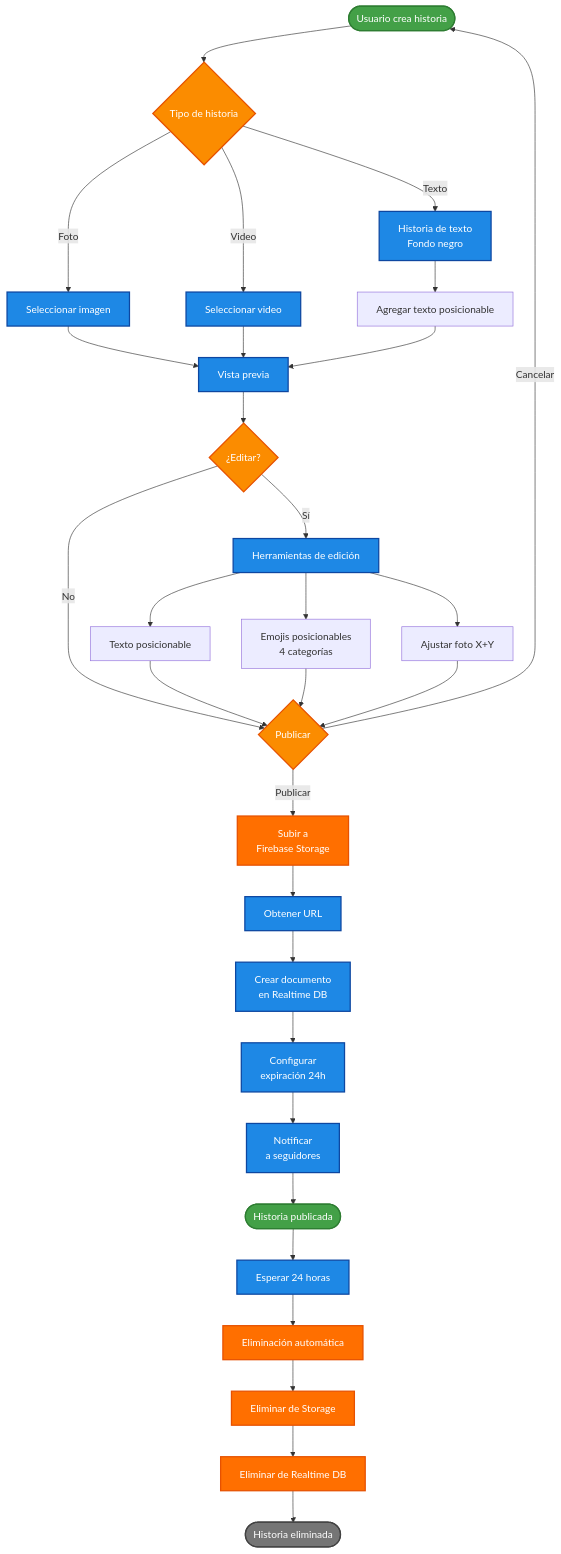
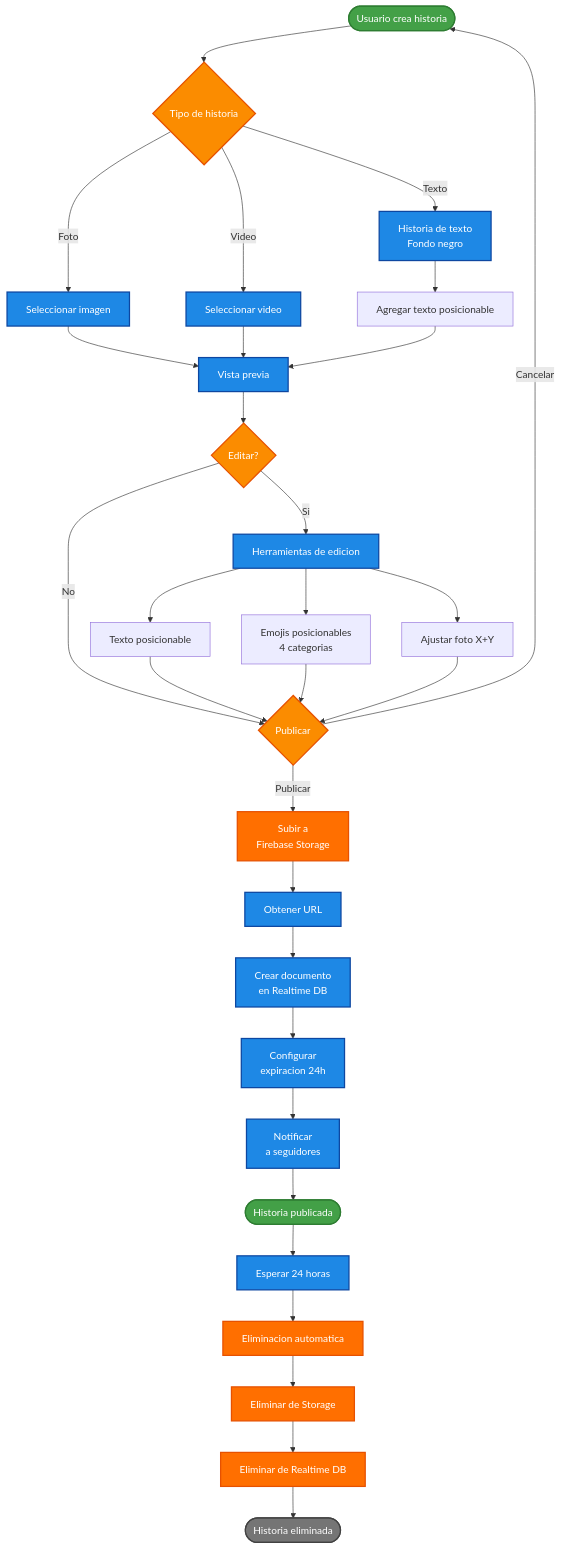
One commit to Azelmods677/NexusChat changed the fifth of 6 diagrams in README.md. Above: the diagram before and after it, drawn with Mermaid. The commit also changed other lines of this file and 13 other files, not shown here.

````diff
--- a/README.md
+++ b/README.md
@@ -303,56 +303,56 @@
 ```mermaid
 flowchart TD
     START([Usuario crea historia]) --> TYPE_SELECT{Tipo de historia}
     
     TYPE_SELECT -->|Foto| SELECT_IMAGE[Seleccionar imagen]
     TYPE_SELECT -->|Video| SELECT_VIDEO[Seleccionar video]
     TYPE_SELECT -->|Texto| TEXT_STORY[Historia de texto<br/>Fondo negro]
     
     SELECT_IMAGE --> PREVIEW[Vista previa]
     SELECT_VIDEO --> PREVIEW
     TEXT_STORY --> TEXT_INPUT[Agregar texto posicionable]
     
     TEXT_INPUT --> PREVIEW
-    PREVIEW --> EDIT{¿Editar?}
+    PREVIEW --> EDIT{Editar?}
     
-    EDIT -->|Sí| TOOLS[Herramientas de edición]
+    EDIT -->|Si| TOOLS[Herramientas de edicion]
     EDIT -->|No| CONFIRM
     
     TOOLS --> TEXT_TOOL[Texto posicionable]
-    TOOLS --> EMOJI_TOOL[Emojis posicionables<br/>4 categorías]
+    TOOLS --> EMOJI_TOOL[Emojis posicionables<br/>4 categorias]
     TOOLS --> ADJUST_TOOL[Ajustar foto X+Y]
     
     TEXT_TOOL --> CONFIRM{Publicar}
     EMOJI_TOOL --> CONFIRM
     ADJUST_TOOL --> CONFIRM
     
     CONFIRM -->|Cancelar| START
     CONFIRM -->|Publicar| UPLOAD[Subir a<br/>Firebase Storage]
     
     UPLOAD --> GET_URL[Obtener URL]
     GET_URL --> CREATE_STORY[Crear documento<br/>en Realtime DB]
     
-    CREATE_STORY --> SET_EXPIRY[Configurar<br/>expiración 24h]
+    CREATE_STORY --> SET_EXPIRY[Configurar<br/>expiracion 24h]
     SET_EXPIRY --> NOTIFY[Notificar<br/>a seguidores]
     
     NOTIFY --> PUBLISHED([Historia publicada])
     
     PUBLISHED --> WAIT[Esperar 24 horas]
-    WAIT --> AUTO_DELETE[Eliminación automática]
+    WAIT --> AUTO_DELETE[Eliminacion automatica]
     
     AUTO_DELETE --> DELETE_STORAGE[Eliminar de Storage]
     DELETE_STORAGE --> DELETE_DB[Eliminar de Realtime DB]
     DELETE_DB --> END([Historia eliminada])
     
     classDef success fill:#43a047,stroke:#2e7d32,stroke-width:2px,color:#fff
     classDef process fill:#1e88e5,stroke:#0d47a1,stroke-width:2px,color:#fff
     classDef decision fill:#fb8c00,stroke:#e65100,stroke-width:2px,color:#fff
     classDef firebase fill:#ff6f00,stroke:#e65100,stroke-width:2px,color:#fff
     classDef delete fill:#757575,stroke:#424242,stroke-width:2px,color:#fff
     
     class START,PUBLISHED success
     class END delete
     class SELECT_IMAGE,SELECT_VIDEO,TEXT_STORY,PREVIEW,TOOLS,GET_URL,CREATE_STORY,SET_EXPIRY,NOTIFY,WAIT process
     class TYPE_SELECT,EDIT,CONFIRM decision
     class UPLOAD,DELETE_STORAGE,DELETE_DB,AUTO_DELETE firebase
 ```
````
